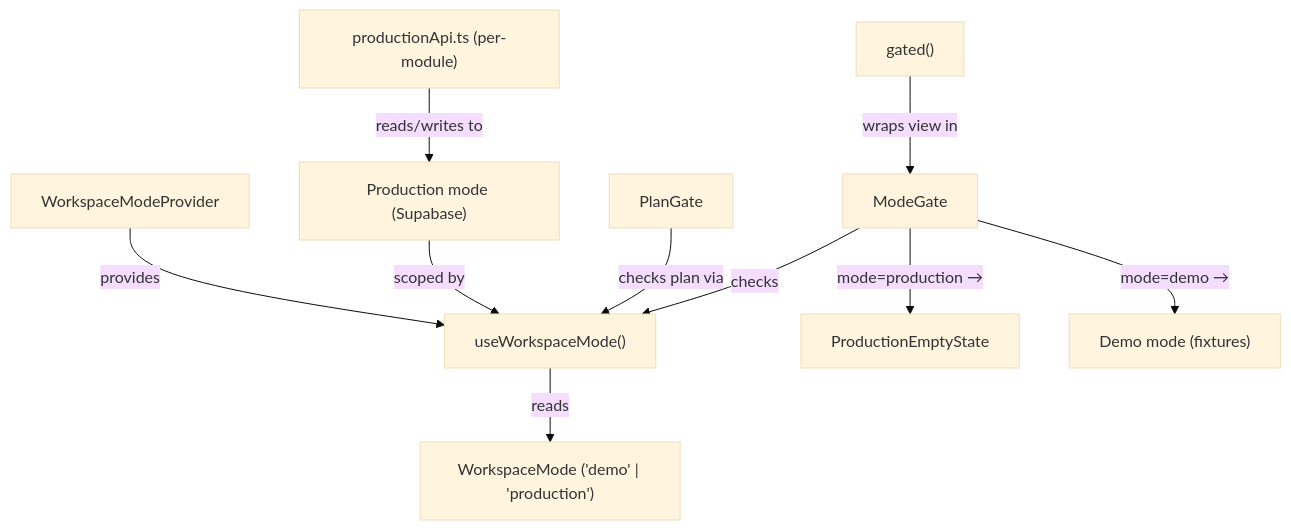
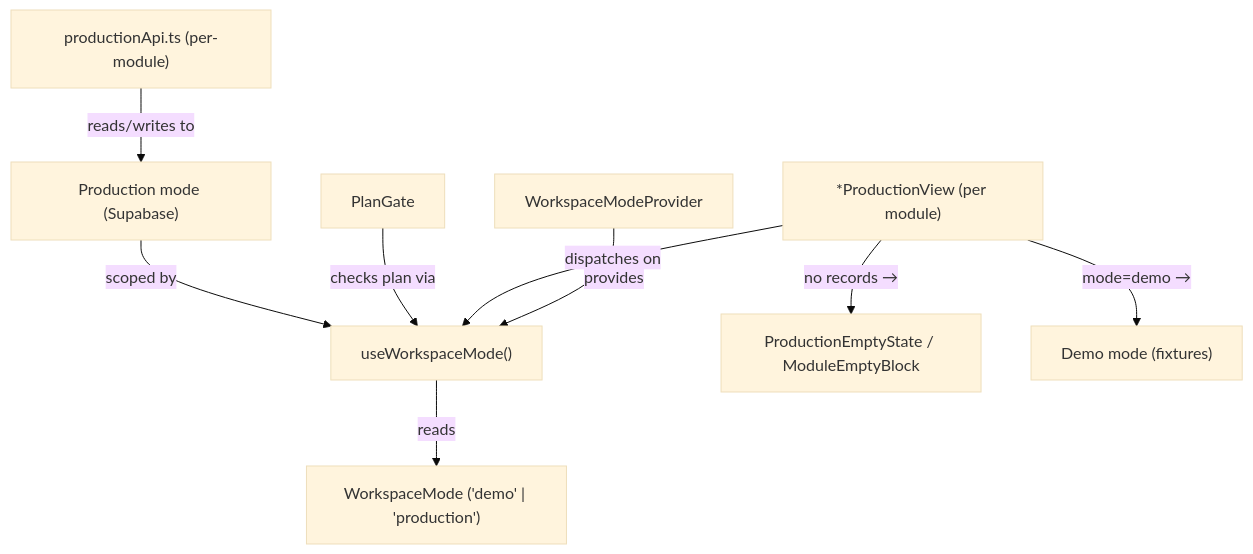
Before and after one commit to Dutiva-Canada/Dutiva_Web: the second of 3 diagrams in docs/wiki/Glossary.md, drawn with Mermaid (base theme). The commit also changed other lines of this file and 84 other files, not shown here.

````diff
--- a/docs/wiki/Glossary.md
+++ b/docs/wiki/Glossary.md
@@ -102,23 +102,21 @@
 ```mermaid
 graph TD
     WM["WorkspaceMode ('demo' | 'production')"]
     WMP["WorkspaceModeProvider"]
     WMC["useWorkspaceMode()"]
-    MG["ModeGate"]
-    gated["gated()"]
-    PES["ProductionEmptyState"]
+    PV["*ProductionView (per module)"]
+    PES["ProductionEmptyState / ModuleEmptyBlock"]
     PG["PlanGate"]
     pApi["productionApi.ts (per-module)"]
     DM["Demo mode (fixtures)"]
     PM["Production mode (Supabase)"]
 
     WMP -->|"provides"| WMC
     WMC -->|"reads"| WM
-    MG -->|"checks"| WMC
-    gated -->|"wraps view in"| MG
-    MG -->|"mode=production →"| PES
-    MG -->|"mode=demo →"| DM
+    PV -->|"dispatches on"| WMC
+    PV -->|"no records →"| PES
+    PV -->|"mode=demo →"| DM
     PG -->|"checks plan via"| WMC
     pApi -->|"reads/writes to"| PM
     PM -->|"scoped by"| WMC
 ```
````
